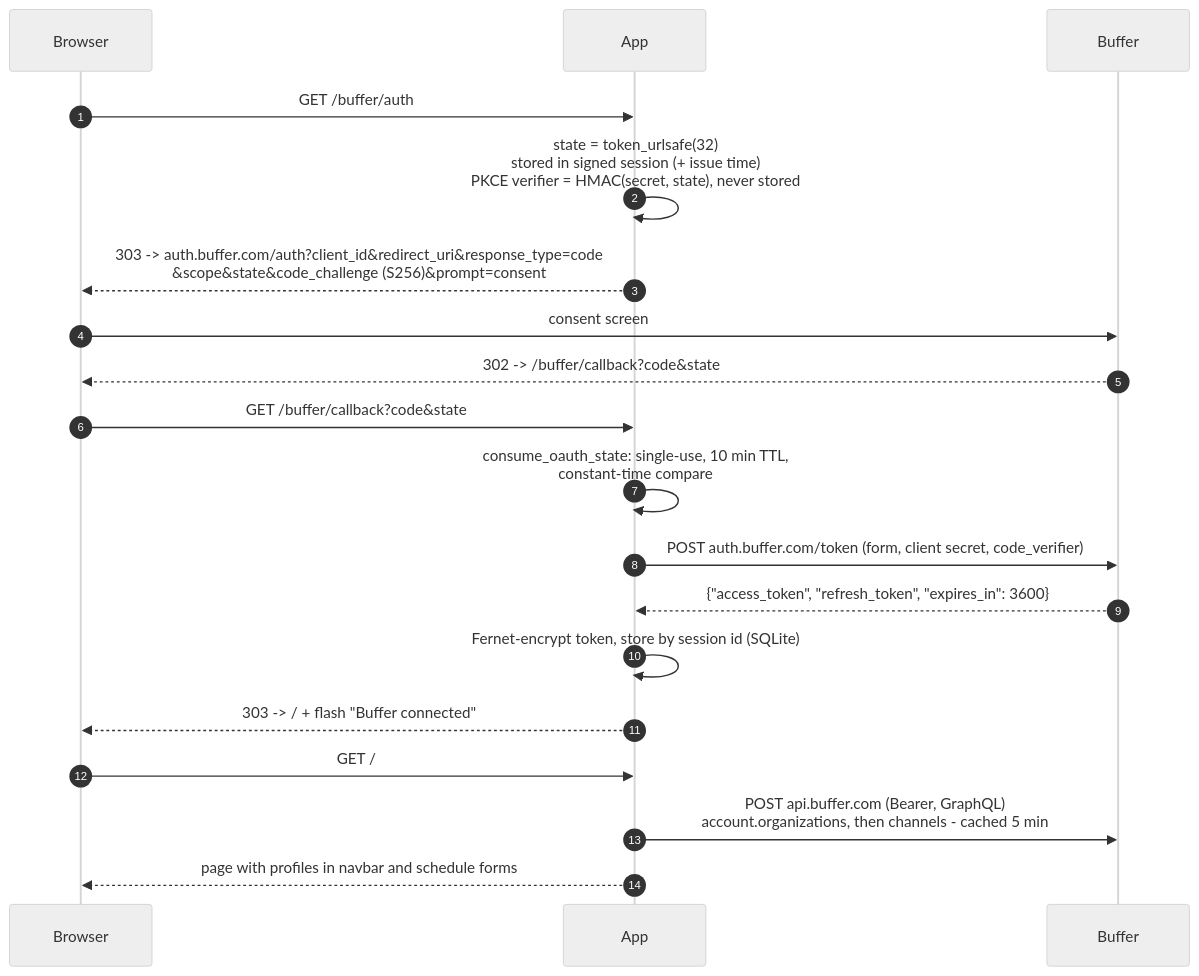
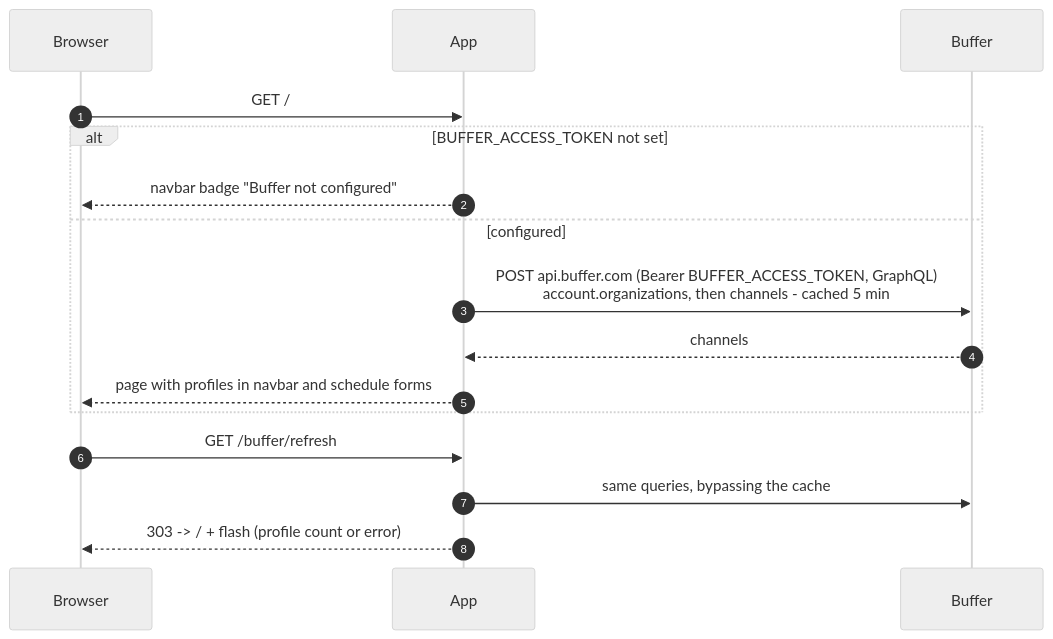
The eighth of 10 diagrams in docs/ARCHITECTURE.md (Aminul1993/Social-Booster), drawn with Mermaid (neutral theme) before and after one commit. The commit also changed other lines of this file and 48 other files, not shown here.

````diff
--- a/docs/ARCHITECTURE.md
+++ b/docs/ARCHITECTURE.md
@@ -257,21 +264,18 @@
 ```mermaid
 sequenceDiagram
     autonumber
     participant B as Browser
     participant A as App
     participant BF as Buffer
-    B->>A: GET /buffer/auth
-    A->>A: state = token_urlsafe(32)<br/>stored in signed session (+ issue time)<br/>PKCE verifier = HMAC(secret, state), never stored
-    A-->>B: 303 -> auth.buffer.com/auth?client_id&redirect_uri&response_type=code<br/>&scope&state&code_challenge (S256)&prompt=consent
-    B->>BF: consent screen
-    BF-->>B: 302 -> /buffer/callback?code&state
-    B->>A: GET /buffer/callback?code&state
-    A->>A: consume_oauth_state: single-use, 10 min TTL,<br/>constant-time compare
-    A->>BF: POST auth.buffer.com/token (form, client secret, code_verifier)
-    BF-->>A: {"access_token", "refresh_token", "expires_in": 3600}
-    A->>A: Fernet-encrypt token, store by session id (SQLite)
-    A-->>B: 303 -> / + flash "Buffer connected"
     B->>A: GET /
-    A->>BF: POST api.buffer.com (Bearer, GraphQL)<br/>account.organizations, then channels - cached 5 min
-    A-->>B: page with profiles in navbar and schedule forms
+    alt BUFFER_ACCESS_TOKEN not set
+        A-->>B: navbar badge "Buffer not configured"
+    else configured
+        A->>BF: POST api.buffer.com (Bearer BUFFER_ACCESS_TOKEN, GraphQL)<br/>account.organizations, then channels - cached 5 min
+        BF-->>A: channels
+        A-->>B: page with profiles in navbar and schedule forms
+    end
+    B->>A: GET /buffer/refresh
+    A->>BF: same queries, bypassing the cache
+    A-->>B: 303 -> / + flash (profile count or error)
 ```
````
